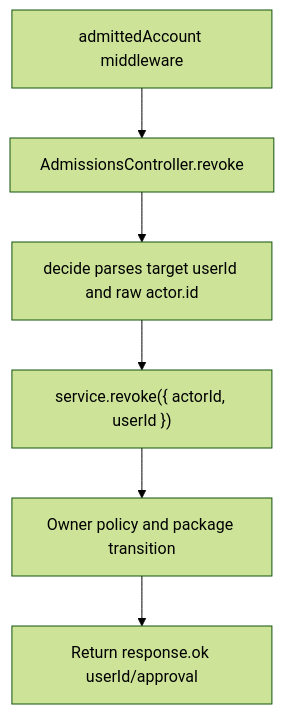
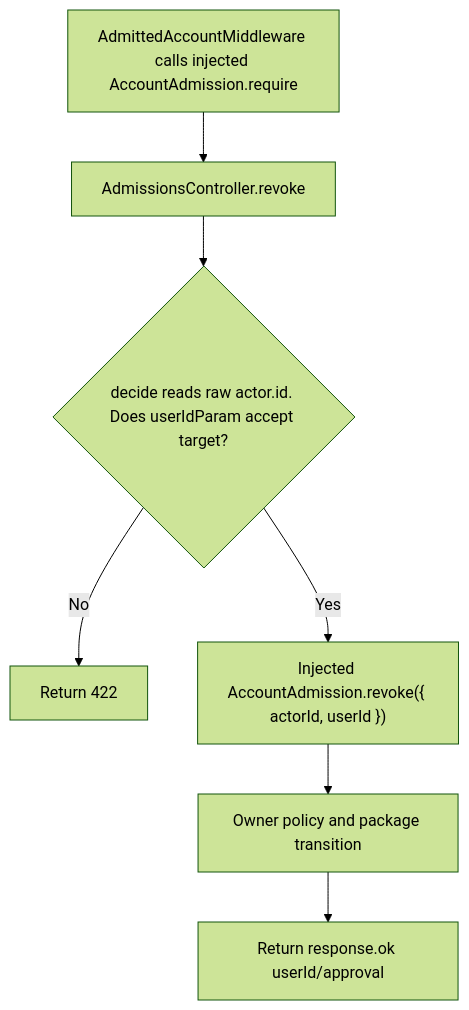
One commit to Kevinjohn/oss-adonisjs-starter-examples changed the second of 2 diagrams in user-stories/api/us-api-19-revoke-admission.md. Above: the diagram before and after it, drawn with Mermaid (forest theme). The commit also changed other lines of this file and 16 other files, not shown here.

Commit message:
Inject the API starter admission service

````diff
--- a/user-stories/api/us-api-19-revoke-admission.md
+++ b/user-stories/api/us-api-19-revoke-admission.md
@@ -33,8 +33,9 @@
 ```mermaid
 flowchart TD
-    A["admittedAccount middleware"] --> B["AdmissionsController.revoke"]
-    B --> C["decide parses target userId and raw actor.id"]
-    C --> D["service.revoke({ actorId, userId })"]
+    A["AdmittedAccountMiddleware calls injected AccountAdmission.require"] --> B["AdmissionsController.revoke"]
+    B --> C{"decide reads raw actor.id. Does userIdParam accept target?"}
+    C -->|No| I["Return 422"]
+    C -->|Yes| D["Injected AccountAdmission.revoke({ actorId, userId })"]
     D --> E["Owner policy and package transition"]
     E --> F["Return response.ok userId/approval"]
 ```
````
